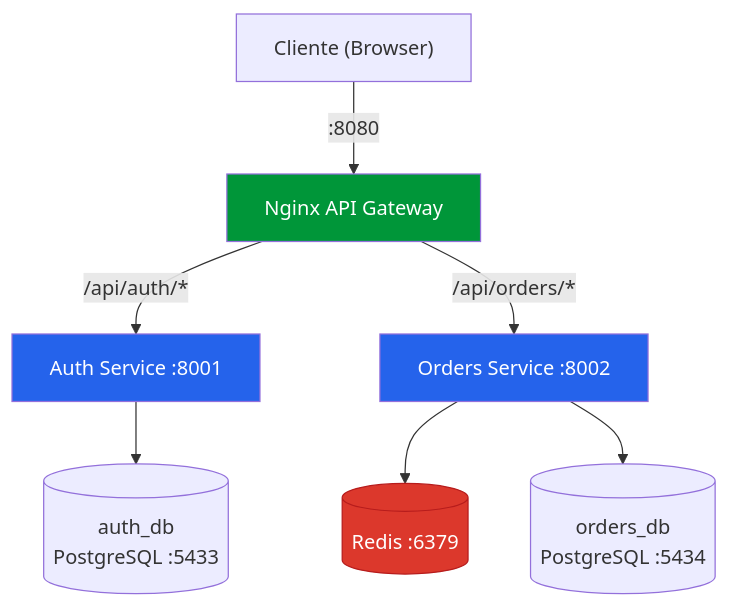
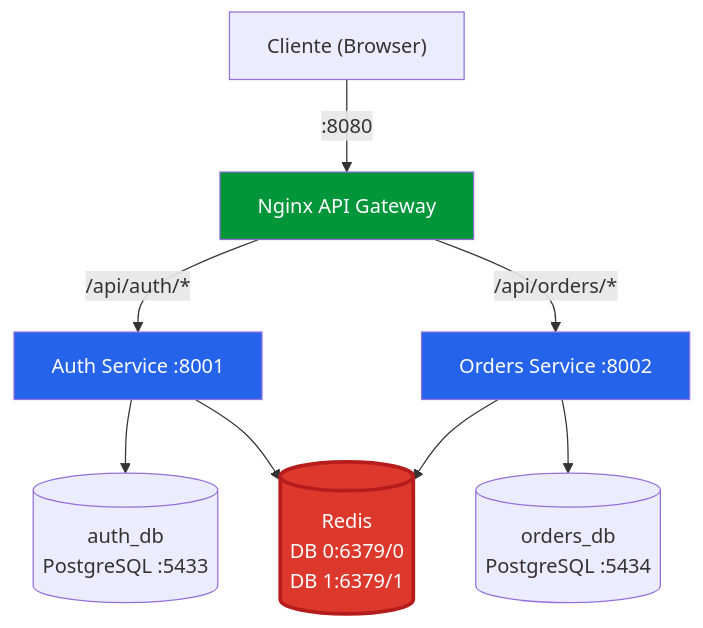
Before and after one commit to MatheusNascimentoti99/Desafio-CasaCivil: the first of 2 diagrams in README.md, drawn with Mermaid. The commit also changed other lines of this file, not shown here.

Commit message:
docs: Update design

````diff
--- a/README.md
+++ b/README.md
@@ -9,17 +9,18 @@
 ```mermaid
 graph TD
     Client["Cliente (Browser)"] -->|:8080| Nginx["Nginx API Gateway"]
 
     Nginx -->|"/api/auth/*"| Auth["Auth Service :8001"]
     Nginx -->|"/api/orders/*"| Orders["Orders Service :8002"]
 
-    Auth --> AuthDB[("auth_db\nPostgreSQL :5433")]
+    Auth --> AuthDB[("auth_db <br> PostgreSQL :5433")]
+    Auth --> Redis[("Redis <br> DB 0:6379/0  <br>  DB 1:6379/1")]
+    
+    Orders --> OrdersDB[("orders_db <br> PostgreSQL :5434")]
+    Orders --> Redis[("Redis <br> DB 0:6379/0  <br>  DB 1:6379/1")]
 
-    Orders --> Redis[("Redis :6379")]
-    Orders --> OrdersDB[("orders_db\nPostgreSQL :5434")]
-
-    style Redis fill:#dc382c,color:#fff,stroke:#b71c1c
+    style Redis fill:#dc382c,color:#fff,stroke:#b71c1c,stroke-width:3px
     style Nginx fill:#009639,color:#fff
     style Auth fill:#2563eb,color:#fff
     style Orders fill:#2563eb,color:#fff
 ```
````
